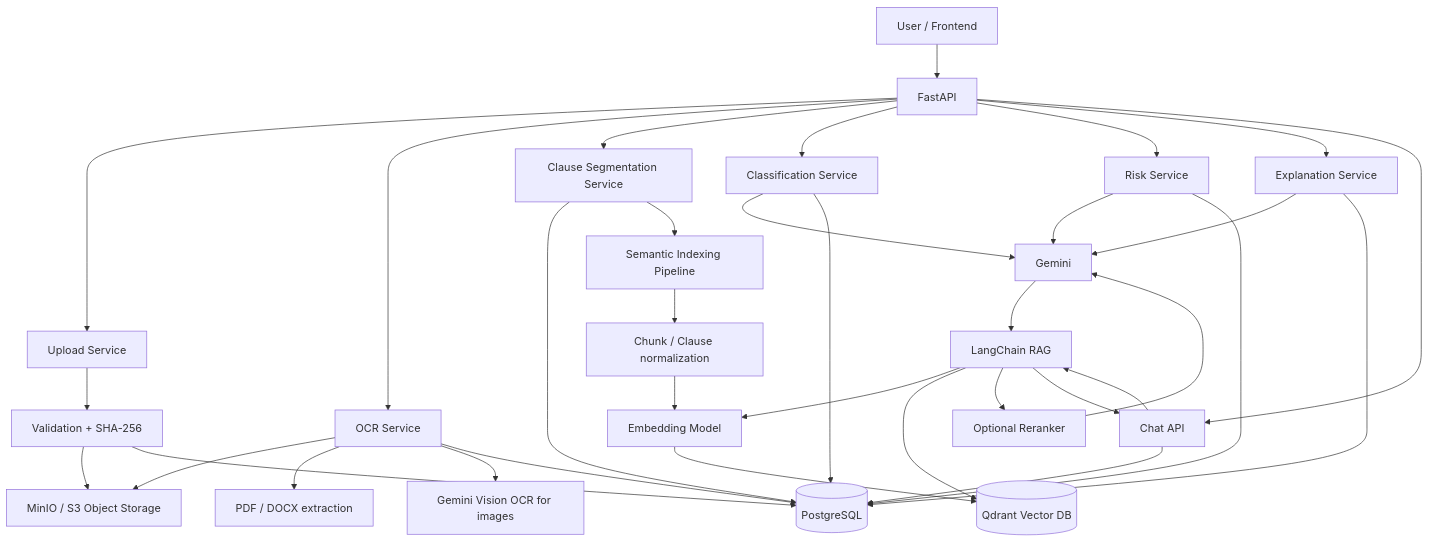
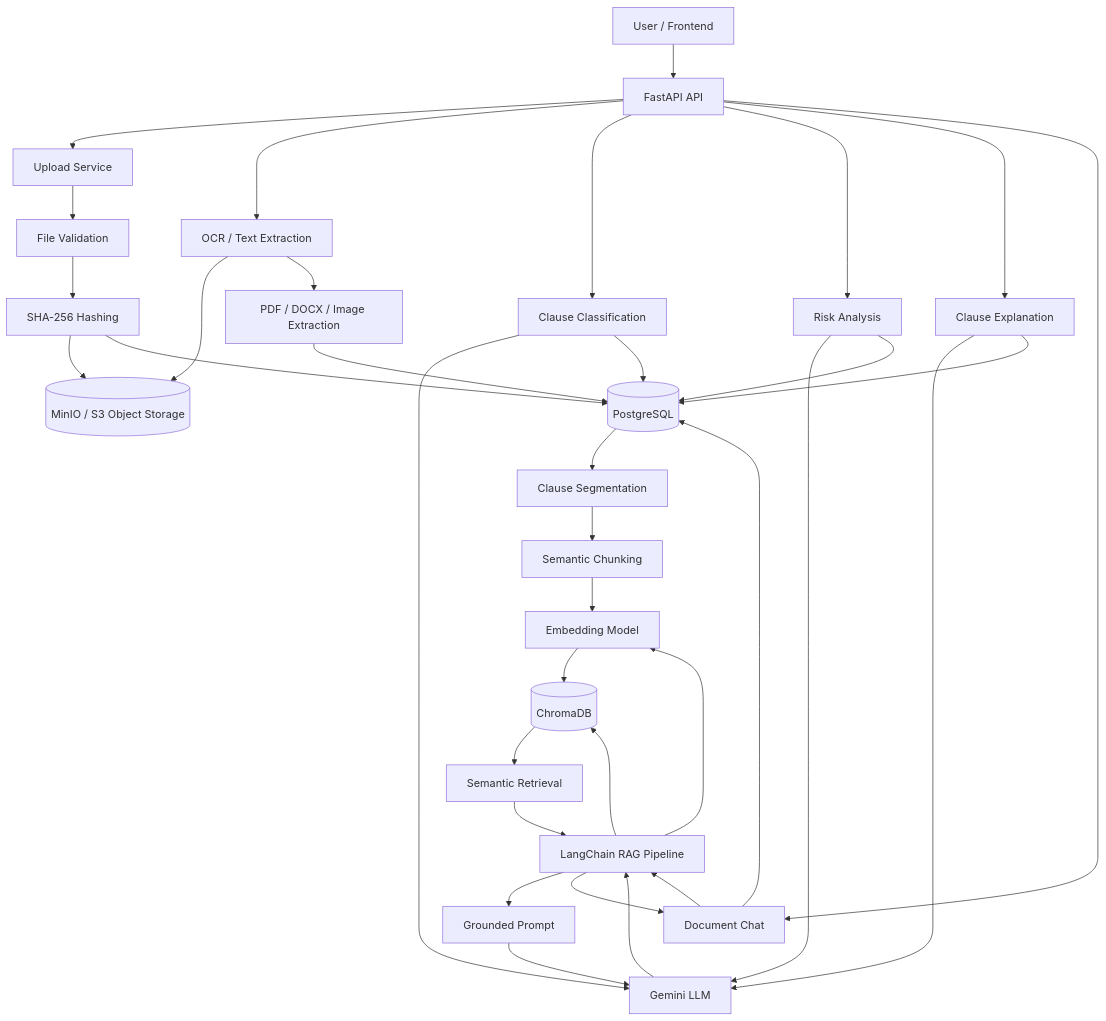
The diagram in README.md (animeshkarmakar7/Document-Verification-AI), drawn with Mermaid before and after one commit. The commit also changed other lines of this file, not shown here.

Commit message:
docs: document semantic RAG architecture with Chroma

````diff
--- a/README.md
+++ b/README.md
@@ -220,45 +87,49 @@
 ```mermaid
 flowchart TD
-    A[User / Frontend] --> B[FastAPI]
 
-    B --> C[Upload Service]
-    C --> D[Validation + SHA-256]
-    D --> E[MinIO / S3 Object Storage]
-    D --> F[(PostgreSQL)]
+    U[User / Frontend]
+    API[FastAPI API]
 
-    B --> G[OCR Service]
-    G --> E
-    G --> H[PDF / DOCX extraction]
-    G --> I[Gemini Vision OCR for images]
-    G --> F
+    U --> API
 
-    B --> J[Clause Segmentation Service]
-    J --> F
+    API --> UP[Upload Service]
+    UP --> VAL[File Validation]
+    VAL --> HASH[SHA-256 Hashing]
+    HASH --> S3[(MinIO / S3 Object Storage)]
+    HASH --> PG[(PostgreSQL)]
 
-    J --> K[Semantic Indexing Pipeline]
-    K --> L[Chunk / Clause normalization]
-    L --> M[Embedding Model]
-    M --> N[(Qdrant Vector DB)]
+    API --> OCR[OCR / Text Extraction]
+    OCR --> S3
+    OCR --> EXT[PDF / DOCX / Image Extraction]
+    EXT --> PG
 
-    B --> O[Classification Service]
-    O --> P[Gemini]
-    O --> F
+    PG --> CLAUSE[Clause Segmentation]
+    CLAUSE --> CHUNK[Semantic Chunking]
 
-    B --> Q[Risk Service]
-    Q --> P
-    Q --> F
+    CHUNK --> EMB[Embedding Model]
+    EMB --> VECTOR[(ChromaDB)]
 
-    B --> R[Explanation Service]
-    R --> P
-    R --> F
+    API --> CLASS[Clause Classification]
+    CLASS --> GEMINI[Gemini LLM]
+    CLASS --> PG
 
-    B --> S[Chat API]
-    S --> T[LangChain RAG]
-    T --> M
-    T --> N
-    T --> U[Optional Reranker]
-    U --> P
-    P --> T
-    T --> S
-    S --> F
+    API --> RISK[Risk Analysis]
+    RISK --> GEMINI
+    RISK --> PG
+
+    API --> EXPLAIN[Clause Explanation]
+    EXPLAIN --> GEMINI
+    EXPLAIN --> PG
+
+    API --> CHAT[Document Chat]
+    CHAT --> LC[LangChain RAG Pipeline]
+    LC --> EMB
+    LC --> VECTOR
+    VECTOR --> RET[Semantic Retrieval]
+    RET --> LC
+    LC --> PROMPT[Grounded Prompt]
+    PROMPT --> GEMINI
+    GEMINI --> LC
+    LC --> CHAT
+    CHAT --> PG
 ```
````
